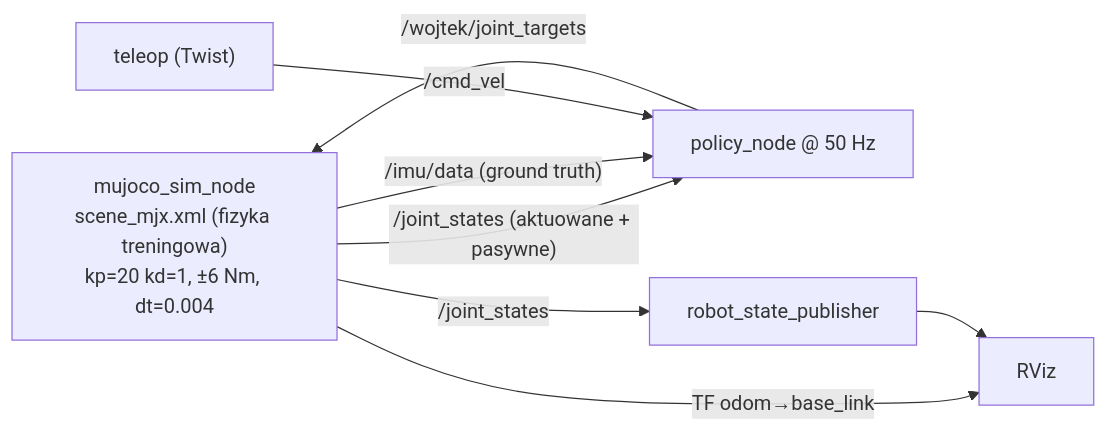
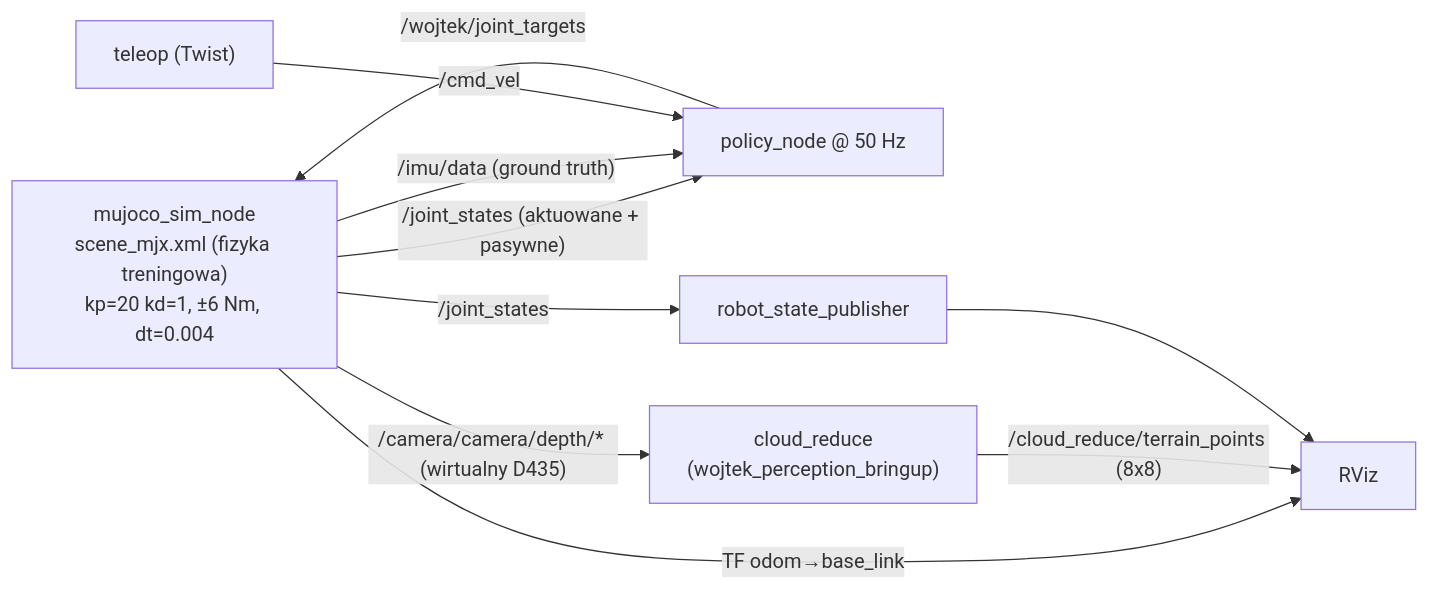
Before and after one commit to machinekind/w01-tek: the second of 2 diagrams in docs/ros-architecture.md, drawn with Mermaid. The commit also changed other lines of this file and 17 other files, not shown here.

First line of the commit message:
feat(sim): D435-compatible virtual camera in MuJoCo sim (#97)

````diff
--- a/docs/ros-architecture.md
+++ b/docs/ros-architecture.md
@@ -53,16 +53,20 @@
 ```mermaid
 flowchart LR
     SIM["mujoco_sim_node\nscene_mjx.xml (fizyka treningowa)\nkp=20 kd=1, ±6 Nm, dt=0.004"]
     POL["policy_node @ 50 Hz"]
     RSP["robot_state_publisher"]
     RVIZ["RViz"]
     TEL["teleop (Twist)"]
 
+    PERC["cloud_reduce\n(wojtek_perception_bringup)"]
+
     SIM -- "/joint_states (aktuowane + pasywne)" --> POL
     SIM -- "/imu/data (ground truth)" --> POL
     POL -- "/wojtek/joint_targets" --> SIM
     TEL -- "/cmd_vel" --> POL
     SIM -- "TF odom→base_link" --> RVIZ
     SIM -- "/joint_states" --> RSP
+    SIM -- "/camera/camera/depth/* (wirtualny D435)" --> PERC
+    PERC -- "/cloud_reduce/terrain_points (8x8)" --> RVIZ
     RSP --> RVIZ
 ```
````
